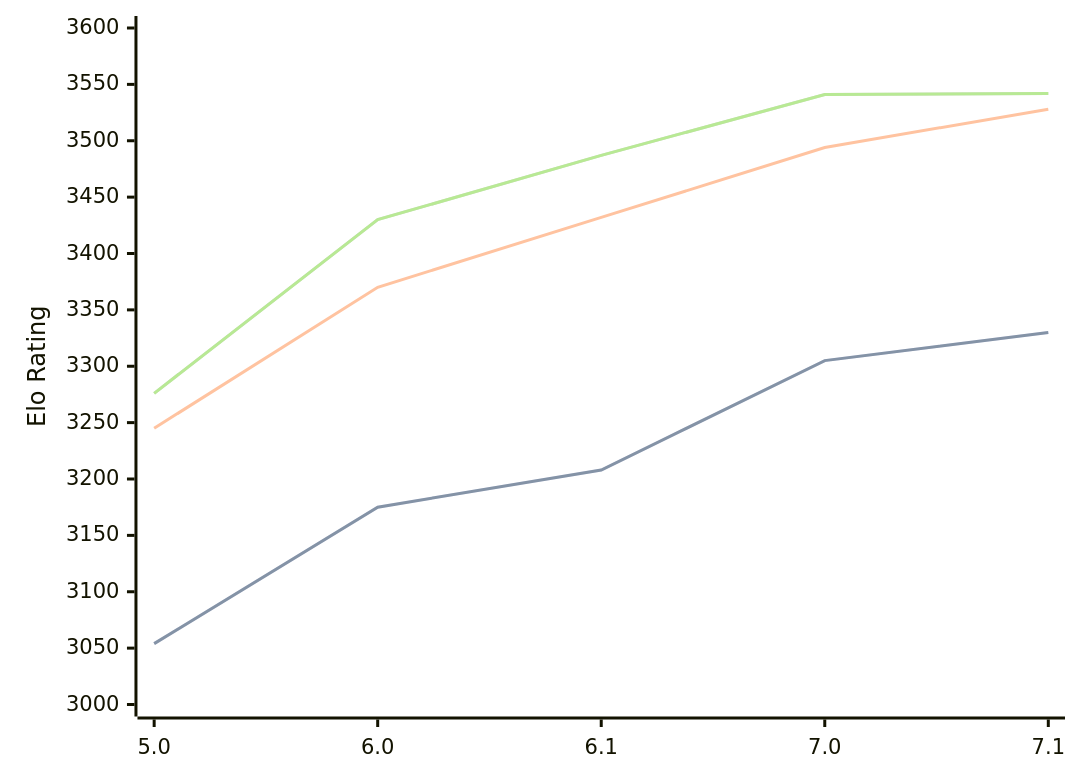
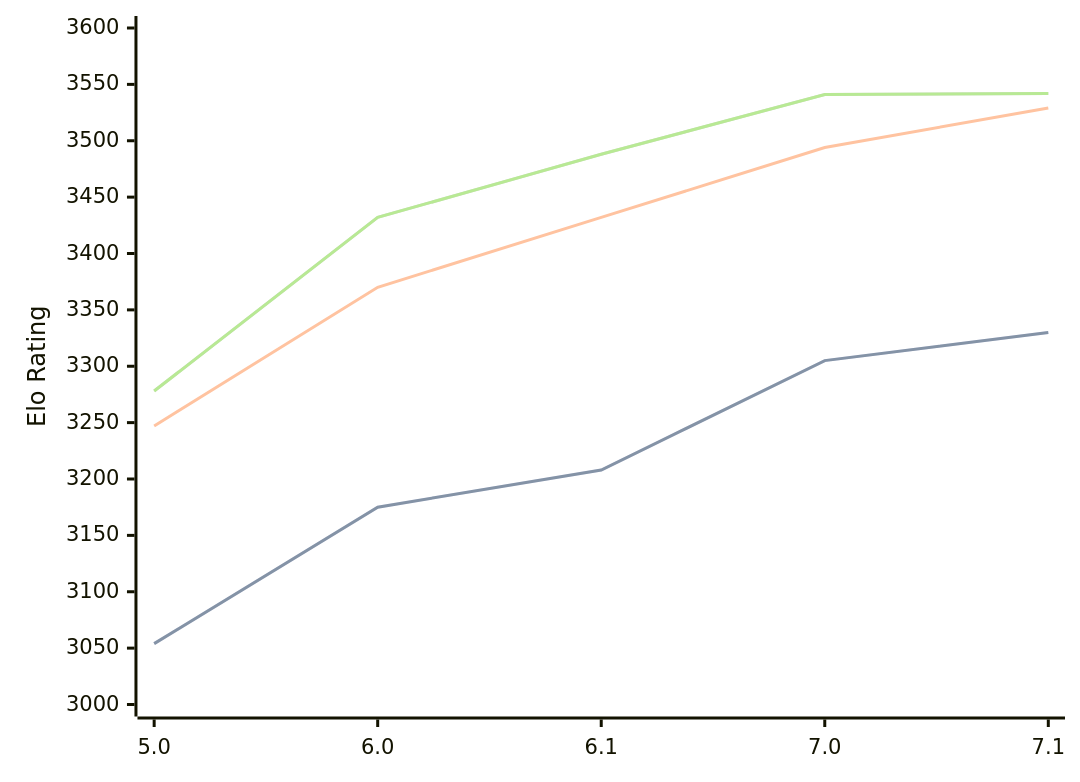
Before and after one commit to computer-chess-index/cci: the diagram in engines/PZChessBot.md, drawn with Mermaid. The commit also changed other lines of this file, not shown here.

Commit message:
Update CCI Ratings (ELO VLTC) - 2026-09-27

````diff
--- a/engines/PZChessBot.md
+++ b/engines/PZChessBot.md
@@ -35,11 +35,11 @@
 ```mermaid
 %%{init: {"theme":"base","themeVariables":{"seriesColors:['#a3a3a3','#222221','#faa371']}}}%%
 xychart-beta
   x-axis ["5.0", "6.0", "6.1", "7.0", "7.1"]
   y-axis "Elo Rating" 3000 --> 3600
   line "" [3054, 3175, 3208, 3305, 3330]
   line "STC (8.0+0.08s)" [3054, 3175, 3208, 3305, 3330]
-  line "LTC (60.0+0.60s)" [3245, 3370, 3432, 3494, 3528]
-  line "" [3276, 3430, 3487, 3541, 3542]
-  line "VLTC (2m24s+1.12s)" [3276, 3430, 3487, 3541, 3542]
+  line "LTC (60.0+0.60s)" [3247, 3370, 3432, 3494, 3529]
+  line "" [3278, 3432, 3488, 3541, 3542]
+  line "VLTC (2m24s+1.12s)" [3278, 3432, 3488, 3541, 3542]
 ```
````
